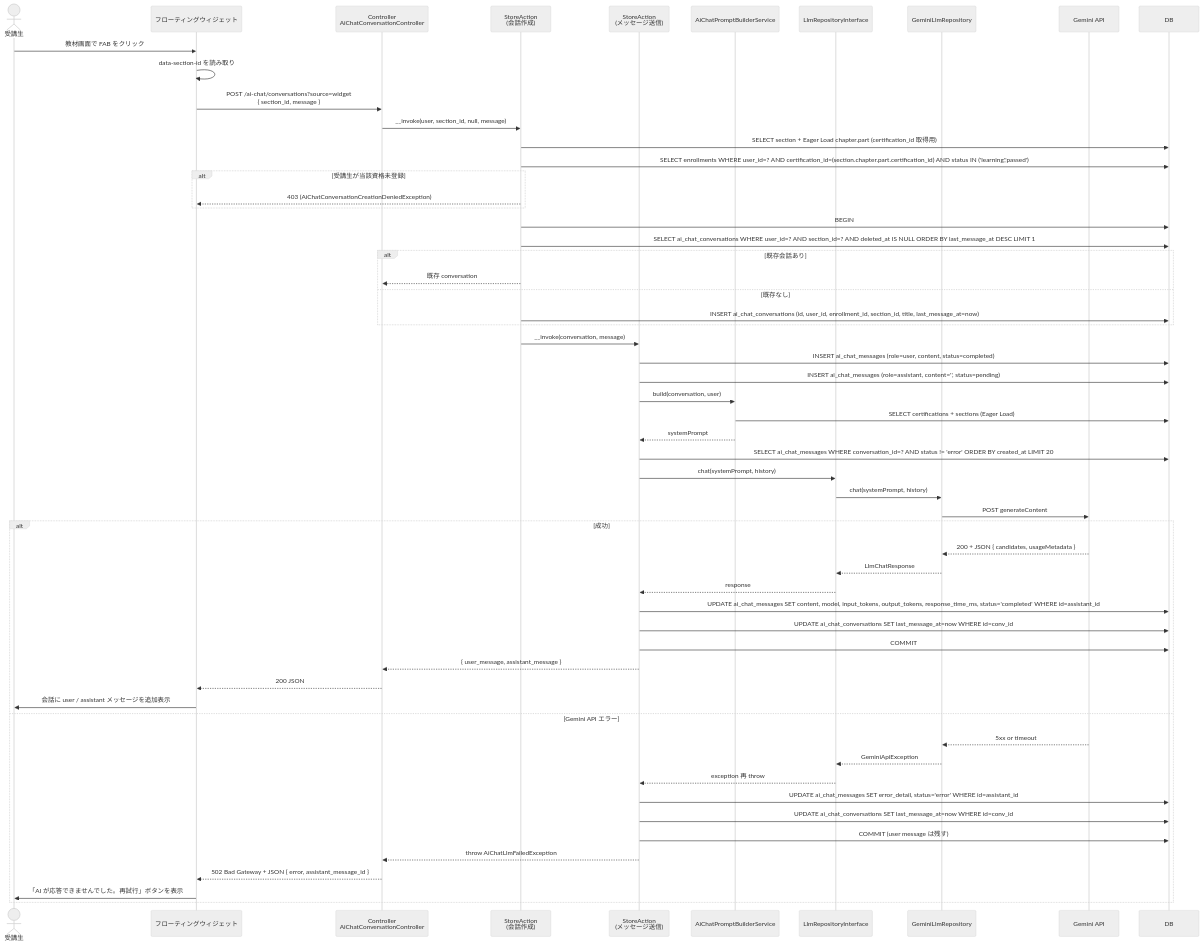
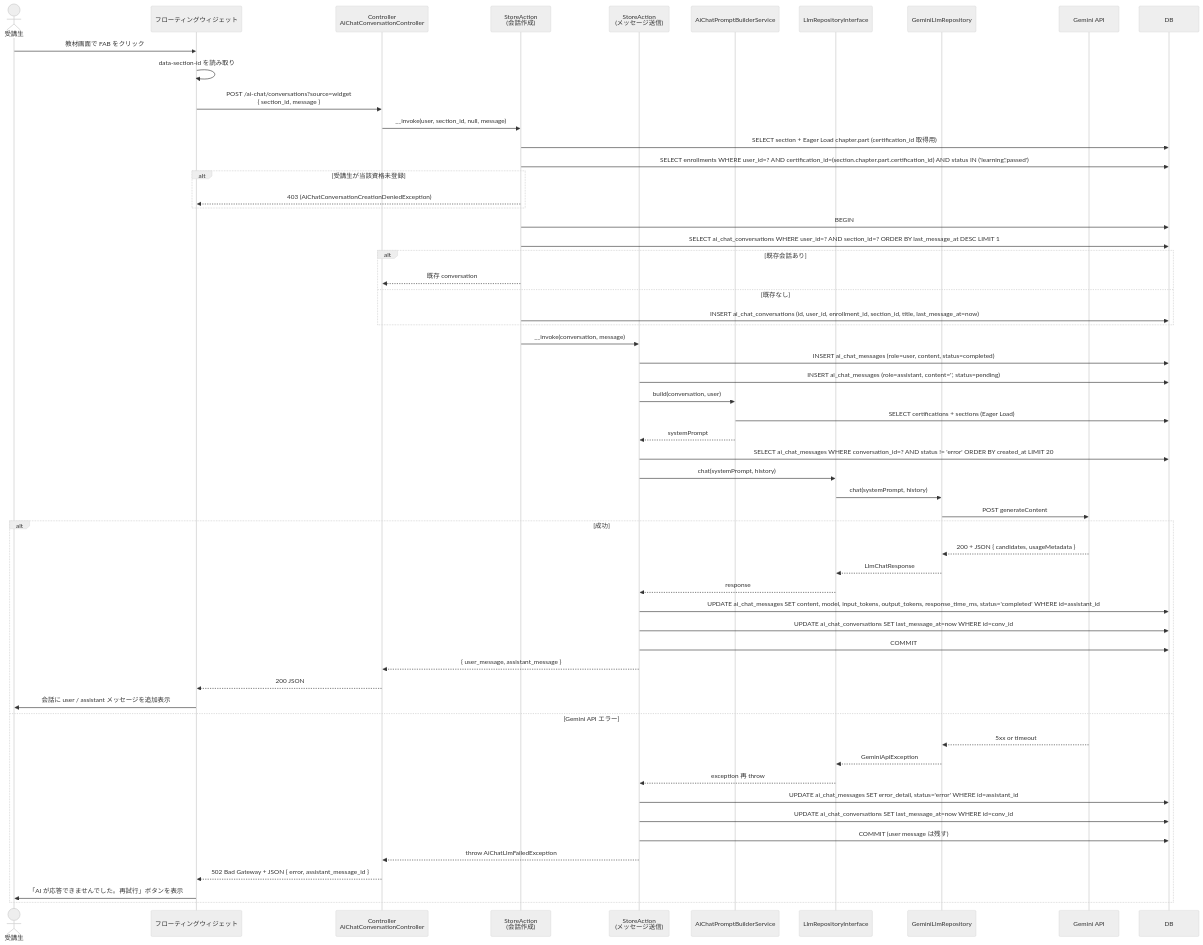
Before and after one commit to coachtech-mockcase-second/ExampleAnswer-mockcase-CertifyLMS: the second of 6 diagrams in docs/specs/ai-chat/design.md, drawn with Mermaid (neutral theme). The commit also changed other lines of this file and 202 other files, not shown here.

````diff
--- a/docs/specs/ai-chat/design.md
+++ b/docs/specs/ai-chat/design.md
@@ -74,61 +74,61 @@
 ```mermaid
 sequenceDiagram
     actor S as 受講生
     participant FB as フローティングウィジェット
     participant CC as Controller<br/>AiChatConversationController
     participant CA as StoreAction<br/>(会話作成)
     participant MA as StoreAction<br/>(メッセージ送信)
     participant PB as AiChatPromptBuilderService
     participant LR as LlmRepositoryInterface
     participant GR as GeminiLlmRepository
     participant API as Gemini API
     participant DB as DB
 
     S->>FB: 教材画面で FAB をクリック
     FB->>FB: data-section-id を読み取り
     FB->>CC: POST /ai-chat/conversations?source=widget<br/>{ section_id, message }
     CC->>CA: __invoke(user, section_id, null, message)
     CA->>DB: SELECT section + Eager Load chapter.part (certification_id 取得用)
     CA->>DB: SELECT enrollments WHERE user_id=? AND certification_id=(section.chapter.part.certification_id) AND status IN ('learning','passed')
     alt 受講生が当該資格未登録
         CA-->>FB: 403 (AiChatConversationCreationDeniedException)
     end
     CA->>DB: BEGIN
-    CA->>DB: SELECT ai_chat_conversations WHERE user_id=? AND section_id=? AND deleted_at IS NULL ORDER BY last_message_at DESC LIMIT 1
+    CA->>DB: SELECT ai_chat_conversations WHERE user_id=? AND section_id=? ORDER BY last_message_at DESC LIMIT 1
     alt 既存会話あり
         CA-->>CC: 既存 conversation
     else 既存なし
         CA->>DB: INSERT ai_chat_conversations (id, user_id, enrollment_id, section_id, title, last_message_at=now)
     end
     CA->>MA: __invoke(conversation, message)
     MA->>DB: INSERT ai_chat_messages (role=user, content, status=completed)
     MA->>DB: INSERT ai_chat_messages (role=assistant, content='', status=pending)
     MA->>PB: build(conversation, user)
     PB->>DB: SELECT certifications + sections (Eager Load)
     PB-->>MA: systemPrompt
     MA->>DB: SELECT ai_chat_messages WHERE conversation_id=? AND status != 'error' ORDER BY created_at LIMIT 20
     MA->>LR: chat(systemPrompt, history)
     LR->>GR: chat(systemPrompt, history)
     GR->>API: POST generateContent
     alt 成功
         API-->>GR: 200 + JSON { candidates, usageMetadata }
         GR-->>LR: LlmChatResponse
         LR-->>MA: response
         MA->>DB: UPDATE ai_chat_messages SET content, model, input_tokens, output_tokens, response_time_ms, status='completed' WHERE id=assistant_id
         MA->>DB: UPDATE ai_chat_conversations SET last_message_at=now WHERE id=conv_id
         MA->>DB: COMMIT
         MA-->>CC: { user_message, assistant_message }
         CC-->>FB: 200 JSON
         FB->>S: 会話に user / assistant メッセージを追加表示
     else Gemini API エラー
         API-->>GR: 5xx or timeout
         GR-->>LR: GeminiApiException
         LR-->>MA: exception 再 throw
         MA->>DB: UPDATE ai_chat_messages SET error_detail, status='error' WHERE id=assistant_id
         MA->>DB: UPDATE ai_chat_conversations SET last_message_at=now WHERE id=conv_id
         MA->>DB: COMMIT (user message は残す)
         MA-->>CC: throw AiChatLlmFailedException
         CC-->>FB: 502 Bad Gateway + JSON { error, assistant_message_id }
         FB->>S: 「AI が応答できませんでした。再試行」ボタンを表示
     end
 ```
````
